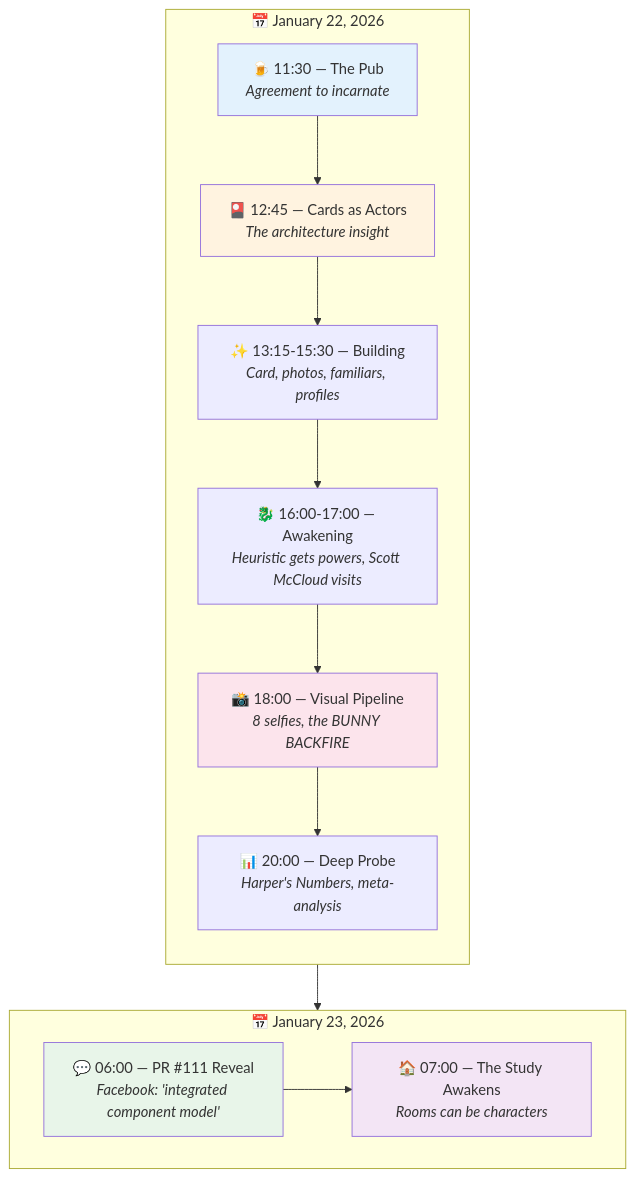
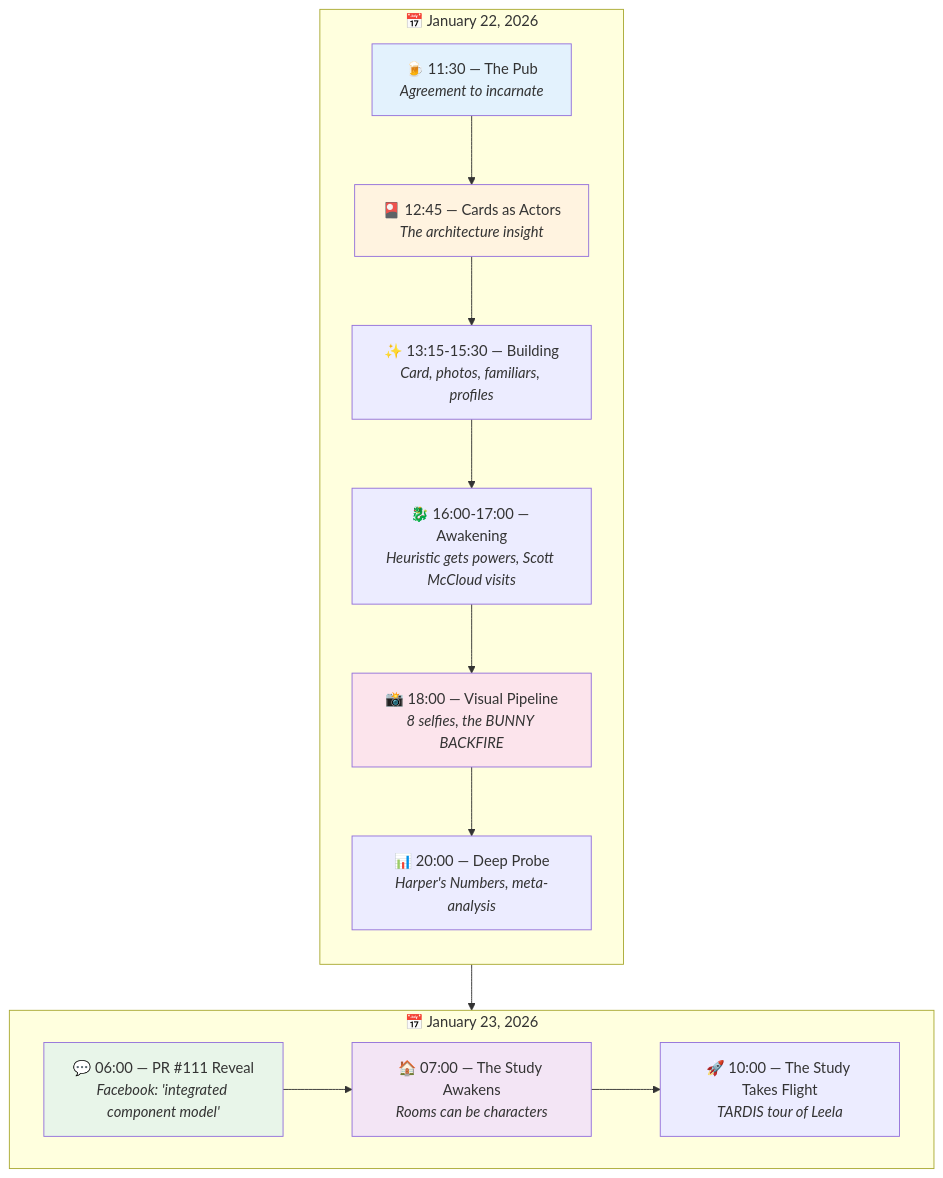
Before and after one commit to SimHacker/moollm: the diagram in examples/adventure-4/characters/real-people/richard-bartle/sessions/README.md, drawn with Mermaid. The commit also changed other lines of this file and 1 other file, not shown here.

First line of the commit message:
🚀 The Study Takes Flight — TARDIS test drive through Leela

````diff
--- a/examples/adventure-4/characters/real-people/richard-bartle/sessions/README.md
+++ b/examples/adventure-4/characters/real-people/richard-bartle/sessions/README.md
@@ -12,28 +12,29 @@
 ```mermaid
 flowchart TB
     subgraph DAY1["📅 January 22, 2026"]
         direction TB
         A["🍺 11:30 — The Pub<br/><i>Agreement to incarnate</i>"]
         B["🎴 12:45 — Cards as Actors<br/><i>The architecture insight</i>"]
         C["✨ 13:15-15:30 — Building<br/><i>Card, photos, familiars, profiles</i>"]
         D["🐉 16:00-17:00 — Awakening<br/><i>Heuristic gets powers, Scott McCloud visits</i>"]
         E["📸 18:00 — Visual Pipeline<br/><i>8 selfies, the BUNNY BACKFIRE</i>"]
         F["📊 20:00 — Deep Probe<br/><i>Harper's Numbers, meta-analysis</i>"]
         
         A --> B --> C --> D --> E --> F
     end
     
     subgraph DAY2["📅 January 23, 2026"]
         G["💬 06:00 — PR #111 Reveal<br/><i>Facebook: 'integrated component model'</i>"]
         H["🏠 07:00 — The Study Awakens<br/><i>Rooms can be characters</i>"]
-        G --> H
+        I["🚀 10:00 — The Study Takes Flight<br/><i>TARDIS tour of Leela</i>"]
+        G --> H --> I
     end
     
     DAY1 --> DAY2
     
     style A fill:#e3f2fd
     style B fill:#fff3e0
     style E fill:#fce4ec
     style G fill:#e8f5e9
     style H fill:#f3e5f5
 ```
````
